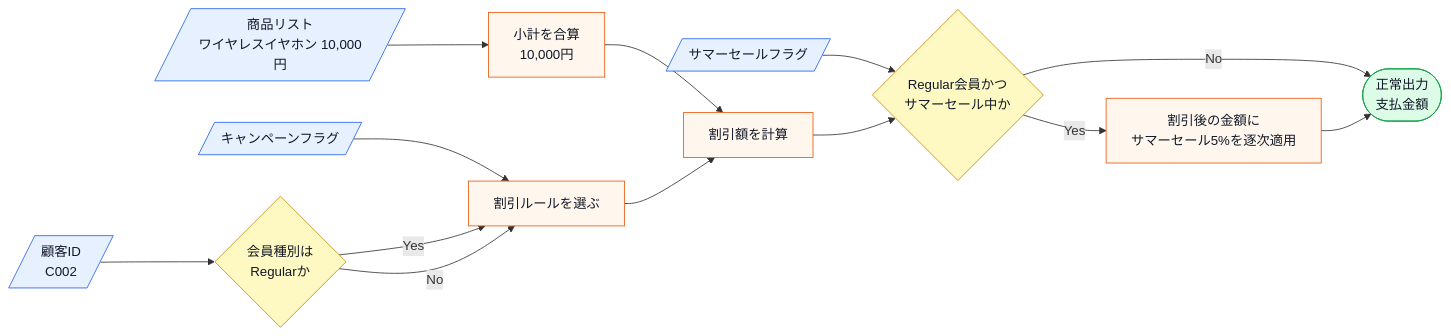
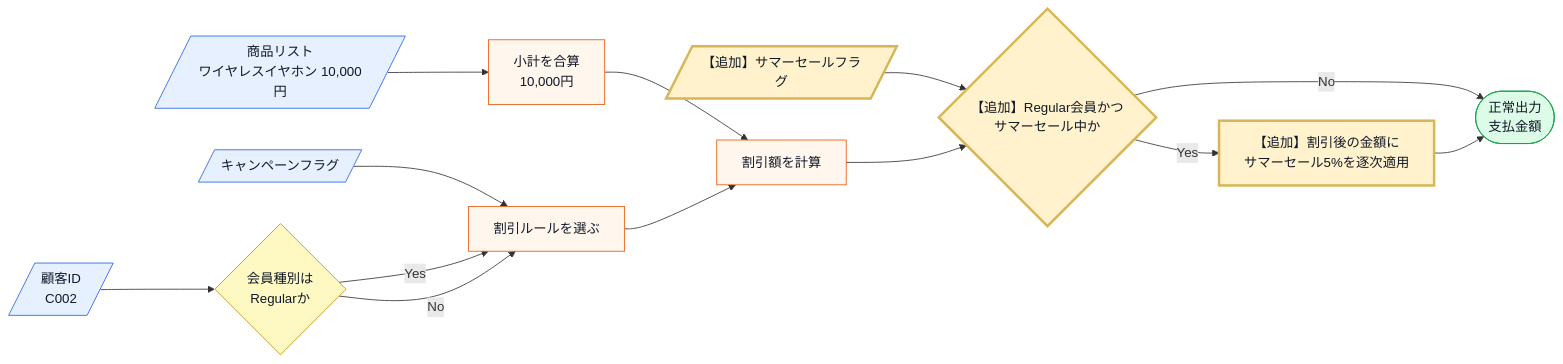
The fifth of 18 diagrams in kindle/design-patterns/output/chapter01.md (kumachan1101-pixel/DesignPattern), drawn with Mermaid before and after one commit. The commit also changed other lines of this file and 23 other files, not shown here.

````diff
--- a/kindle/design-patterns/output/chapter01.md
+++ b/kindle/design-patterns/output/chapter01.md
@@ -823,20 +822,22 @@
 ```mermaid
 flowchart LR
     A[/商品リスト<br>ワイヤレスイヤホン 10,000円/]:::input --> G[小計を合算<br>10,000円]:::process
     C[/顧客ID<br>C002/]:::input --> D{会員種別は<br>Regularか}:::decision
     E[/キャンペーンフラグ/]:::input --> H[割引ルールを選ぶ]:::process
-    S[/サマーセールフラグ/]:::input --> T{Regular会員かつ<br>サマーセール中か}:::decision
+    S[/【追加】サマーセールフラグ/]:::input --> T{【追加】Regular会員かつ<br>サマーセール中か}:::decision
     D -->|Yes| H
     D -->|No| H
     G --> I[割引額を計算]:::process
     H --> I
     I --> T
-    T -->|Yes| U[割引後の金額に<br>サマーセール5%を逐次適用]:::process
+    T -->|Yes| U[【追加】割引後の金額に<br>サマーセール5%を逐次適用]:::process
     T -->|No| J([正常出力<br>支払金額]):::normal
     U --> J
 
     classDef input fill:#e7f0ff,stroke:#2563eb,color:#111827;
     classDef process fill:#fff7ed,stroke:#ea580c,color:#111827;
     classDef decision fill:#fef9c3,stroke:#ca8a04,color:#111827;
     classDef normal fill:#dcfce7,stroke:#16a34a,color:#111827;
+    classDef changed fill:#fff2cc,stroke:#d6b656,stroke-width:3px,color:#111827;
+    class S,T,U changed;
 ```
````
